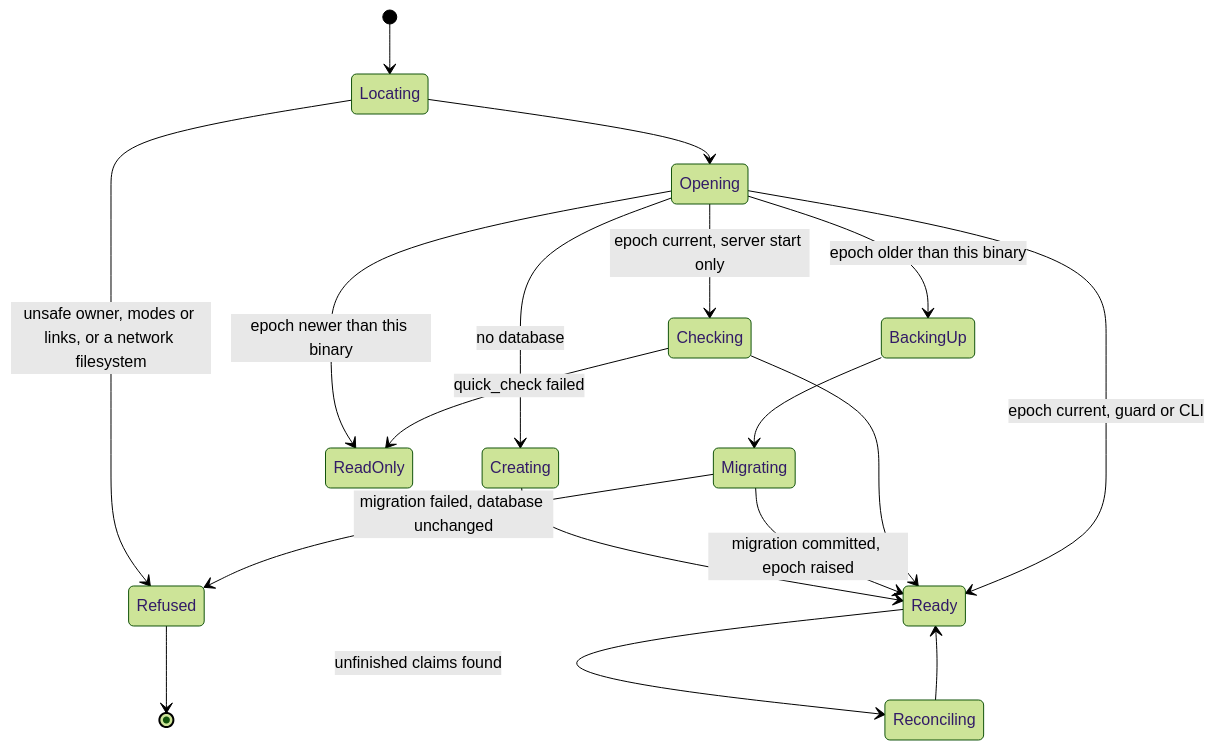
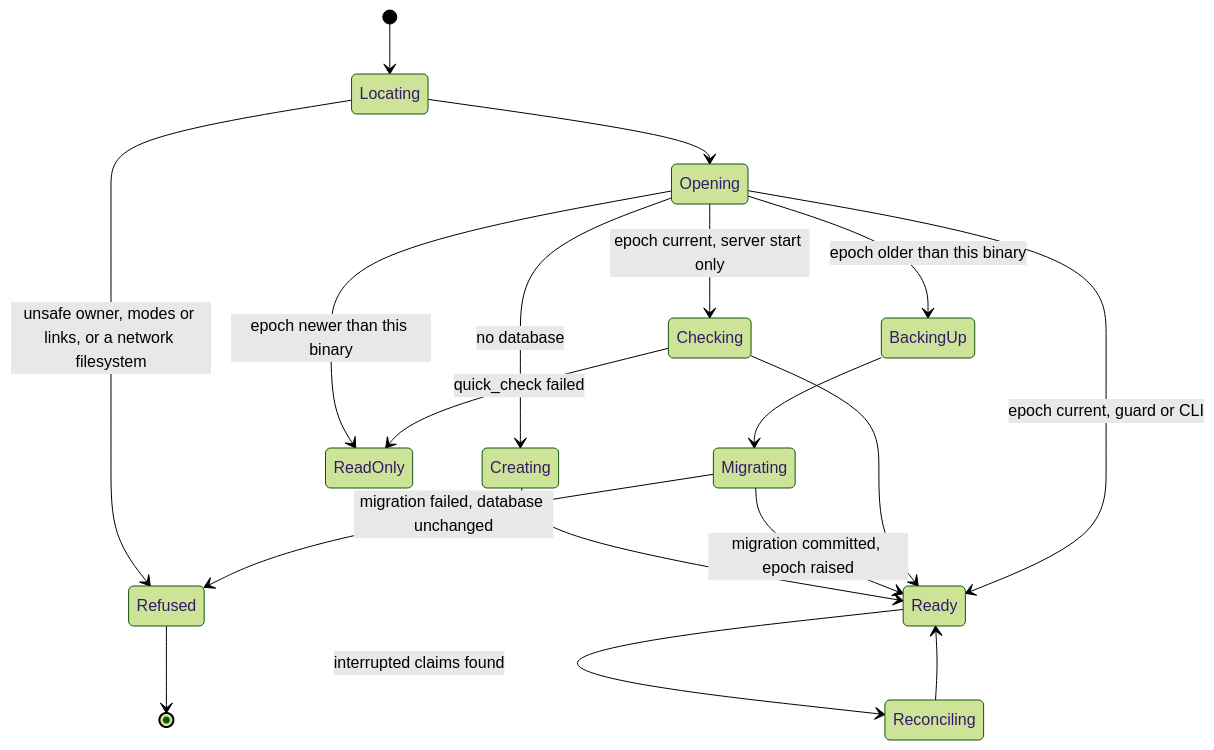
Before and after one commit to crenshawdev/baley: the ninth of 10 diagrams in docs/design/0001-evidence-ledger.md, drawn with Mermaid (forest theme). The commit also changed other lines of this file, not shown here.

First line of the commit message:
docs(design): tell active claims from interrupted ones

````diff
--- a/docs/design/0001-evidence-ledger.md
+++ b/docs/design/0001-evidence-ledger.md
@@ -670,20 +686,20 @@
 ```mermaid
 stateDiagram-v2
   [*] --> Locating
   Locating --> Refused : unsafe owner, modes or links, or a network filesystem
   Locating --> Opening
   Opening --> Creating : no database
   Creating --> Ready
   Opening --> ReadOnly : epoch newer than this binary
   Opening --> BackingUp : epoch older than this binary
   BackingUp --> Migrating
   Migrating --> Ready : migration committed, epoch raised
   Migrating --> Refused : migration failed, database unchanged
   Opening --> Checking : epoch current, server start only
   Checking --> Ready
   Checking --> ReadOnly : quick_check failed
   Opening --> Ready : epoch current, guard or CLI
-  Ready --> Reconciling : unfinished claims found
+  Ready --> Reconciling : interrupted claims found
   Reconciling --> Ready
   Refused --> [*]
 ```
````
